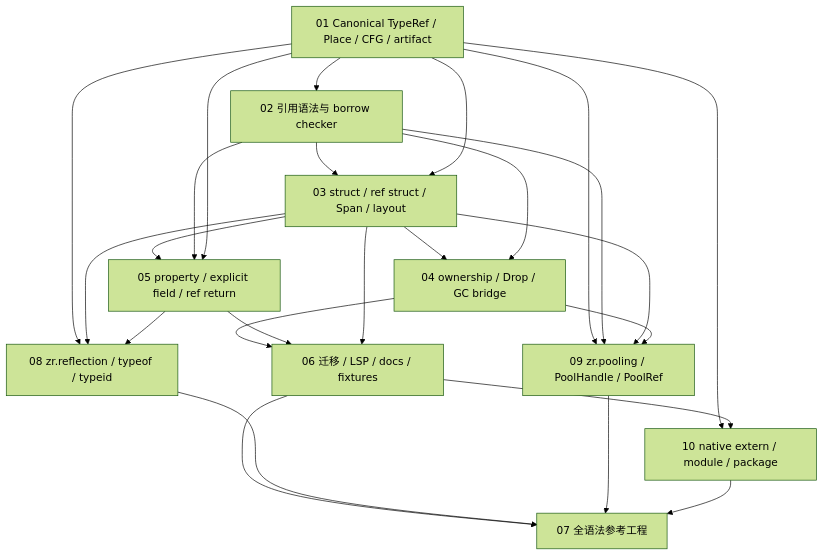
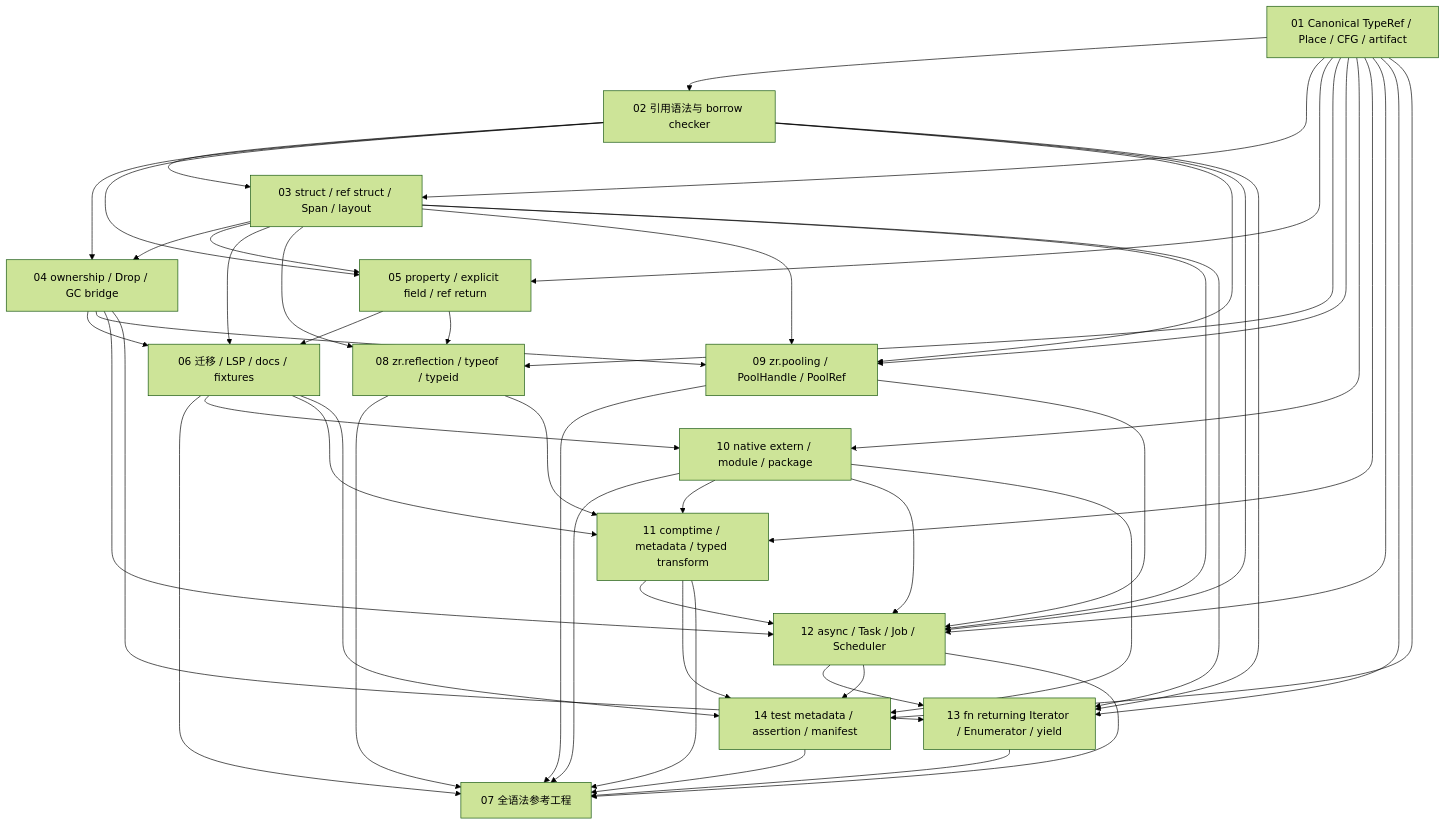
Before and after one commit to He-Jiahui/zr_vm: the diagram in docs/plans/syntax/README.md, drawn with Mermaid (forest theme). The commit also changed other lines of this file and 59 other files, not shown here.

````diff
--- a/docs/plans/syntax/README.md
+++ b/docs/plans/syntax/README.md
@@ -28,27 +32,52 @@
 ```mermaid
 flowchart TD
     A["01 Canonical TypeRef / Place / CFG / artifact"] --> B["02 引用语法与 borrow checker"]
     B --> C["03 struct / ref struct / Span / layout"]
     A --> C
     C --> D["04 ownership / Drop / GC bridge"]
     B --> D
     C --> E["05 property / explicit field / ref return"]
     B --> E
     A --> E
     D --> F["06 迁移 / LSP / docs / fixtures"]
     E --> F
     C --> F
     A --> H["08 zr.reflection / typeof / typeid"]
     C --> H
     E --> H
     A --> I["09 zr.pooling / PoolHandle / PoolRef"]
     B --> I
     C --> I
     D --> I
     F --> G["07 全语法参考工程"]
     H --> G
     I --> G
     A --> J["10 native extern / module / package"]
     F --> J
     J --> G
+    A --> K["11 comptime / metadata / typed transform"]
+    F --> K
+    H --> K
+    J --> K
+    A --> L["12 async / Task / Job / Scheduler"]
+    B --> L
+    C --> L
+    D --> L
+    I --> L
+    J --> L
+    K --> L
+    A --> M["13 fn returning Iterator / Enumerator / yield"]
+    B --> M
+    C --> M
+    D --> M
+    L --> M
+    A --> N["14 test metadata / assertion / manifest"]
+    F --> N
+    J --> N
+    K --> N
+    L --> N
+    K --> G
+    L --> G
+    M --> G
+    N --> G
 ```
````
